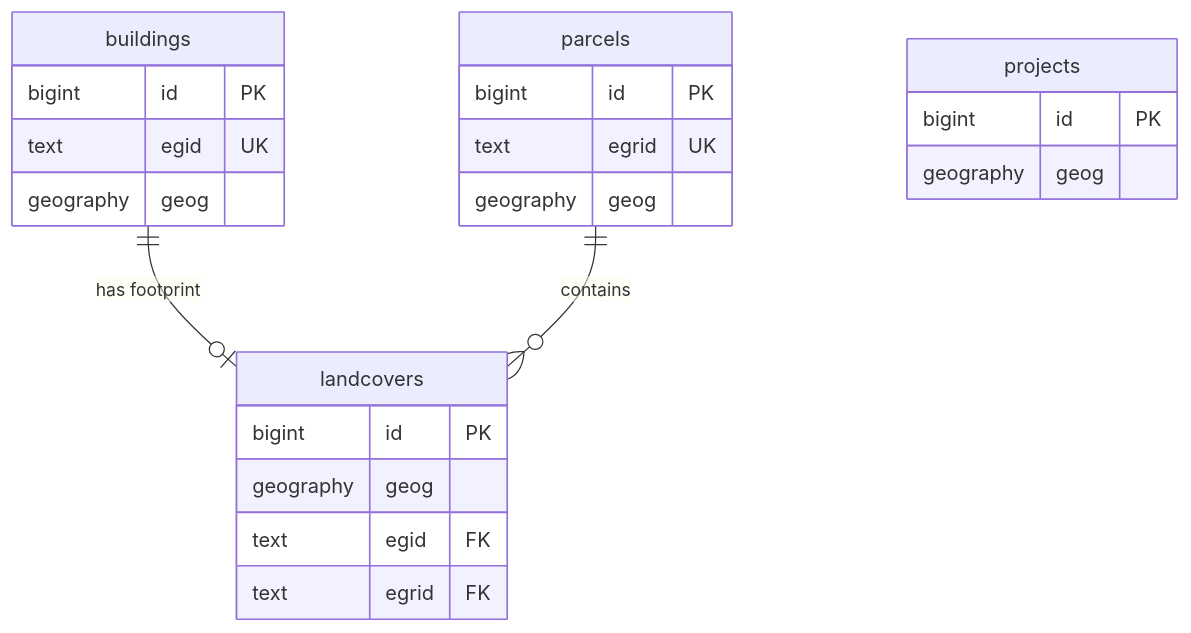
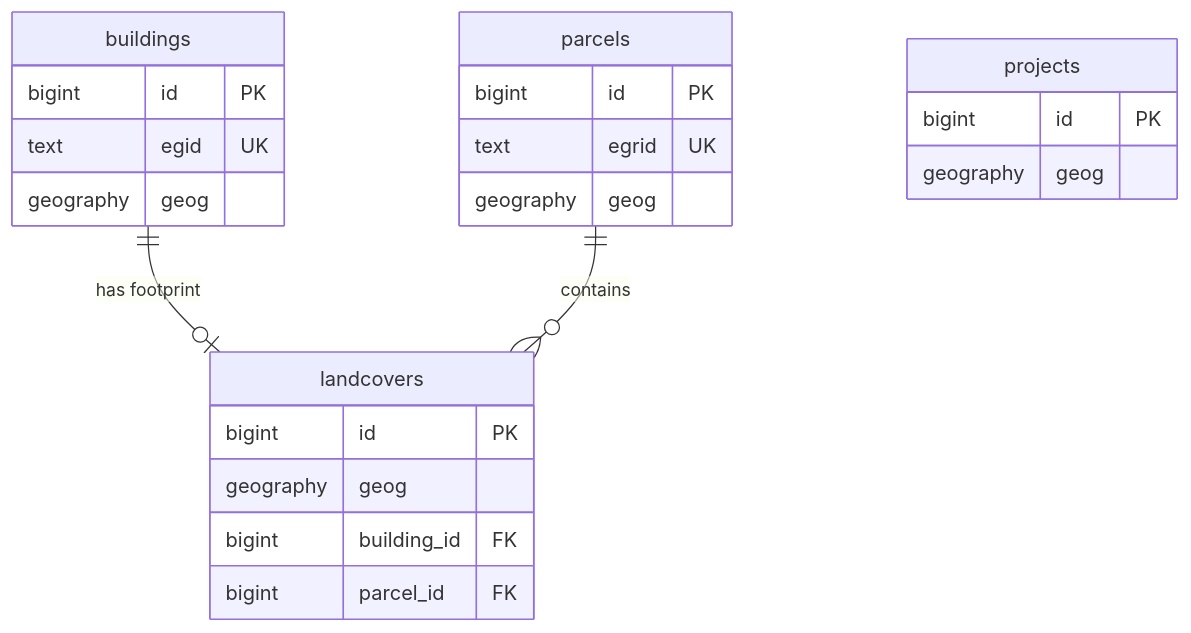
One commit to davras5/OpenBuildings changed the diagram in documentation/database-schema-design.md. Above: the diagram before and after it, drawn with Mermaid. The commit also changed other lines of this file, not shown here.

Commit message:
Fix landcovers FK references to use id instead of egid/egrid
- Change landcovers FK columns from egid/egrid to building_id/parcel_id
- FKs now properly reference the bigint primary keys
- Update mermaid diagram and table definition to match

````diff
--- a/documentation/database-schema-design.md
+++ b/documentation/database-schema-design.md
@@ -20,29 +20,29 @@
 ```mermaid
 erDiagram
     buildings ||--o| landcovers : "has footprint"
     parcels ||--o{ landcovers : "contains"
 
     buildings {
         bigint id PK
         text egid UK
         geography geog
     }
 
     parcels {
         bigint id PK
         text egrid UK
         geography geog
     }
 
     landcovers {
         bigint id PK
         geography geog
-        text egid FK
-        text egrid FK
+        bigint building_id FK
+        bigint parcel_id FK
     }
 
     projects {
         bigint id PK
         geography geog
     }
 ```
````
